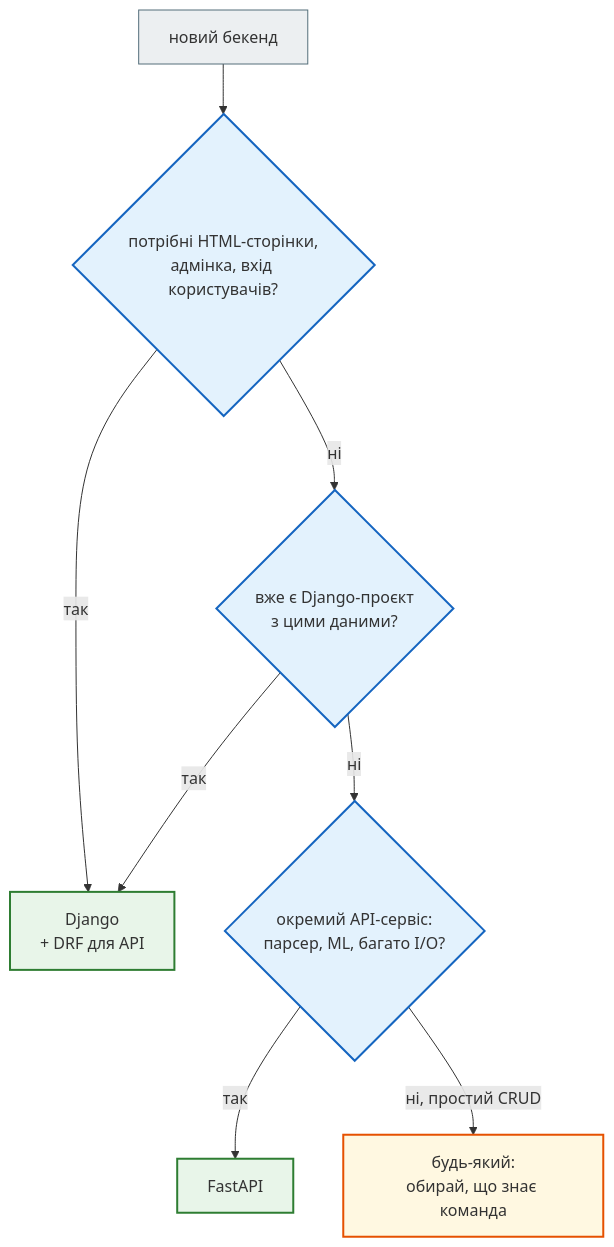
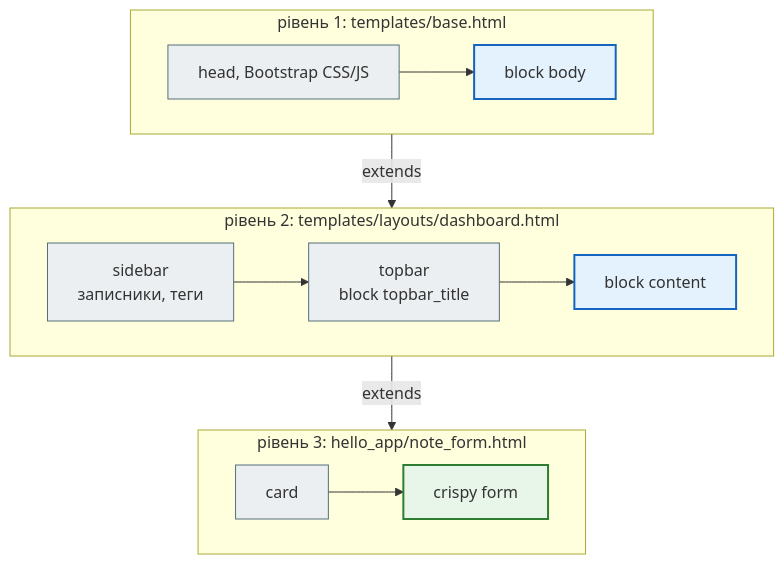
One commit to AlinaRadchenko/PY-Course-Victor-Nikoriak-22-09-2026 changed the third of 4 diagrams in docs/modules/m4/lesson_35.md. Above: the diagram before and after it, drawn with Mermaid. The commit also changed other lines of this file and 1846 other files, not shown here.

````diff
--- a/docs/modules/m4/lesson_35.md
+++ b/docs/modules/m4/lesson_35.md
@@ -431,21 +376,26 @@
 ```mermaid
 flowchart TD
     classDef step     fill:#eceff1,stroke:#546e7a,stroke-width:1px;
     classDef decision fill:#e3f2fd,stroke:#1565c0,stroke-width:2px;
     classDef success  fill:#e8f5e9,stroke:#2e7d32,stroke-width:2px;
     classDef error    fill:#ffebee,stroke:#c62828,stroke-width:3px;
     classDef warning  fill:#fff8e1,stroke:#e65100,stroke-width:2px;
 
-    Q["новий бекенд"] --> A{"потрібні HTML-сторінки,<br>адмінка, вхід користувачів?"}
-    A -- так --> D["Django<br>+ DRF для API"]
-    A -- ні --> B{"вже є Django-проєкт<br>з цими даними?"}
-    B -- так --> D
-    B -- ні --> C{"окремий API-сервіс:<br>парсер, ML, багато I/O?"}
-    C -- так --> F["FastAPI"]
-    C -- "ні, простий CRUD" --> E["будь-який:<br>обирай, що знає команда"]
+    subgraph L1 ["рівень 1: templates/base.html"]
+        direction LR
+        H["head, Bootstrap CSS/JS"] --> BB["block body"]
+    end
+    subgraph L2 ["рівень 2: templates/layouts/dashboard.html"]
+        direction LR
+        SB["sidebar<br>записники, теги"] --> TB["topbar<br>block topbar_title"] --> BC["block content"]
+    end
+    subgraph L3 ["рівень 3: hello_app/note_form.html"]
+        direction LR
+        C["card"] --> CR["crispy form"]
+    end
+    L1 -- "extends" --> L2 -- "extends" --> L3
 
-    class Q step
-    class A,B,C decision
-    class D,F success
-    class E warning
+    class H,SB,TB,C step
+    class BB,BC decision
+    class CR success
 ```
````
